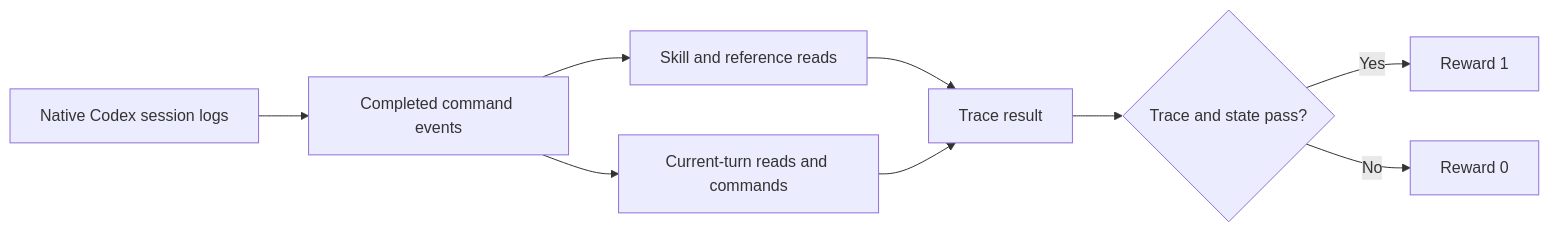
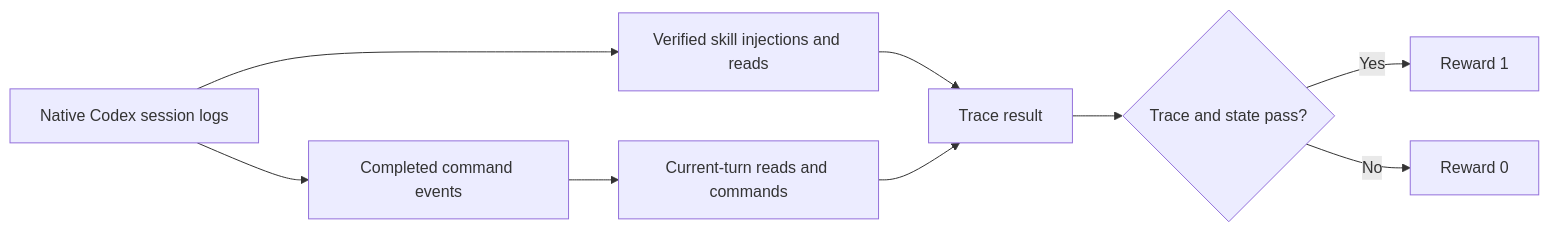
The second of 2 diagrams in evals/harbor/README.md (SamArgt/auto-bean), drawn with Mermaid before and after one commit. The commit also changed other lines of this file and 2 other files, not shown here.

````diff
--- a/evals/harbor/README.md
+++ b/evals/harbor/README.md
@@ -208,11 +208,11 @@
 ```mermaid
 flowchart LR
     A[Native Codex session logs] --> B[Completed command events]
-    B --> C[Skill and reference reads]
+    A --> C[Verified skill injections and reads]
     B --> D[Current-turn reads and commands]
     C --> E[Trace result]
     D --> E
     E --> F{Trace and state pass?}
     F -->|Yes| G[Reward 1]
     F -->|No| H[Reward 0]
 ```
````
